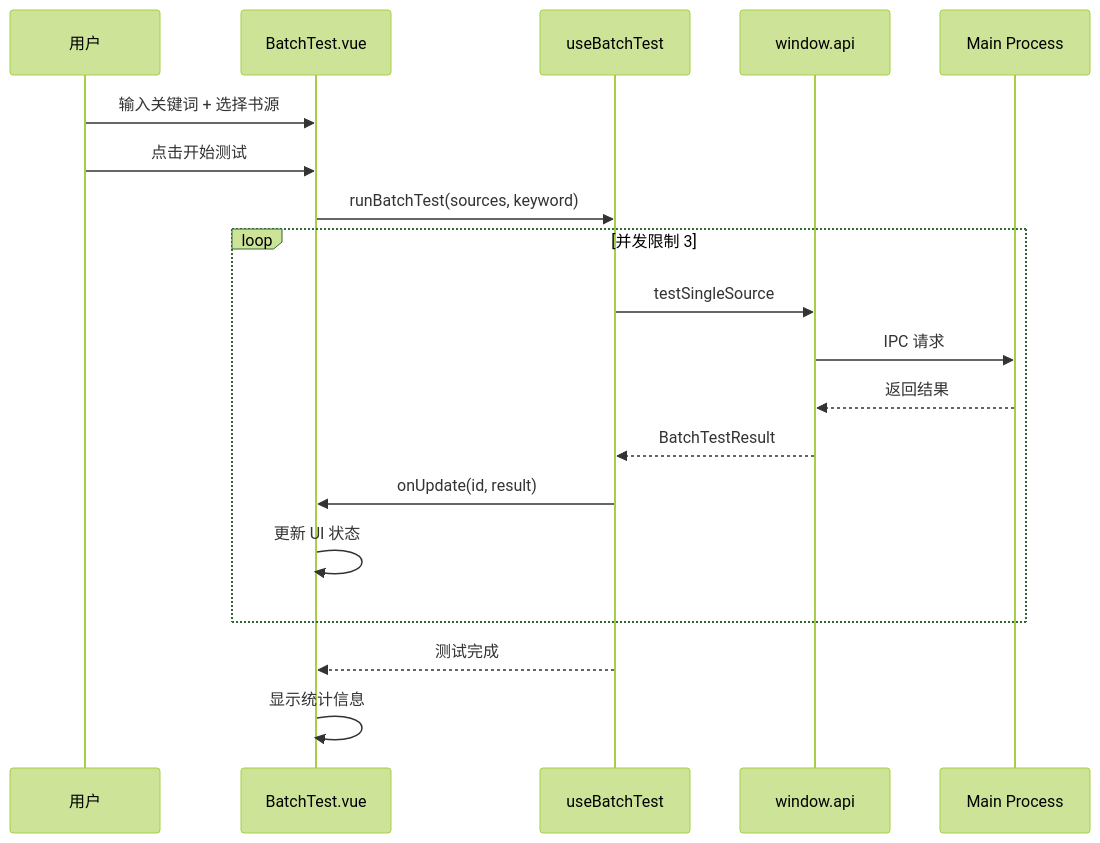
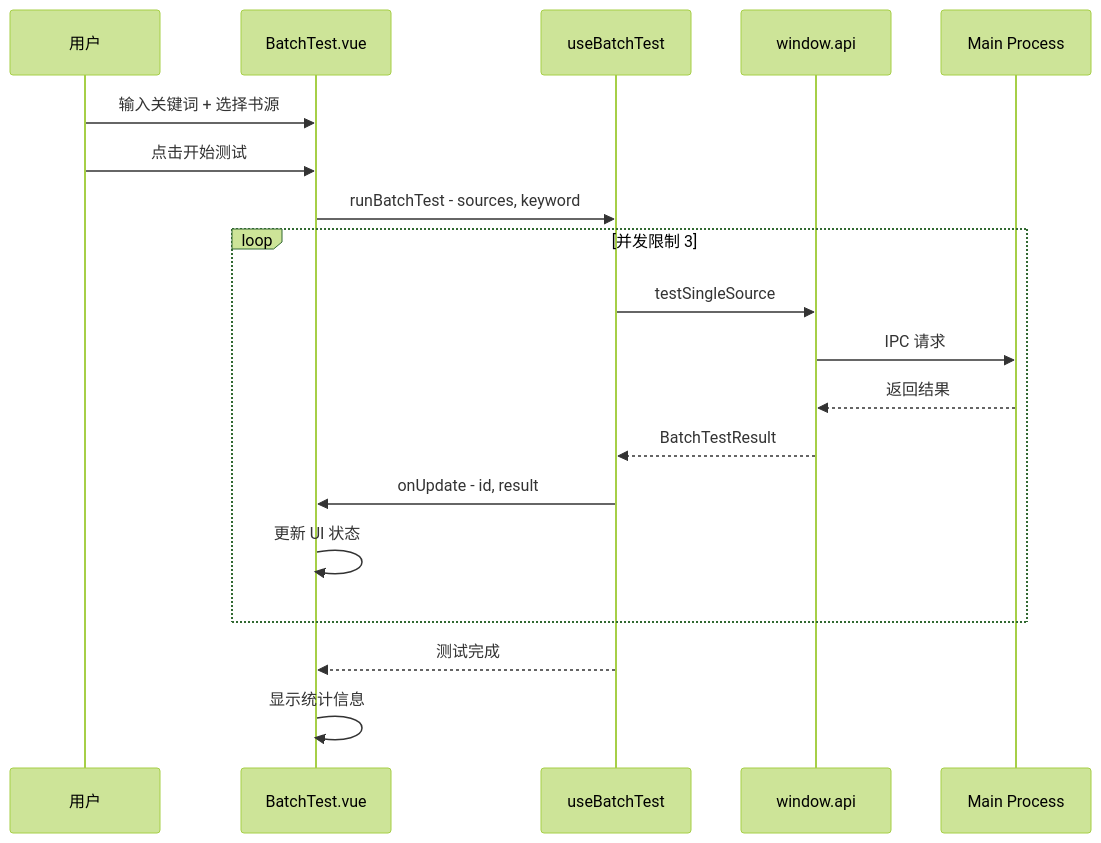
Before and after one commit to Yii-An/reader-source: the fourth of 4 diagrams in .kilocode/rules/memory-bank/architecture.md, drawn with Mermaid (forest theme). The commit also changed other lines of this file and 63 other files, not shown here.

Commit message:
refactor: Remove legacy converters and update universal rule schema and related UI components.

````diff
--- a/.kilocode/rules/memory-bank/architecture.md
+++ b/.kilocode/rules/memory-bank/architecture.md
@@ -346,22 +291,22 @@
 ```mermaid
 sequenceDiagram
     participant U as 用户
     participant BT as BatchTest.vue
     participant UB as useBatchTest
     participant API as window.api
     participant M as Main Process
 
     U->>BT: 输入关键词 + 选择书源
     U->>BT: 点击开始测试
-    BT->>UB: runBatchTest(sources, keyword)
+    BT->>UB: runBatchTest - sources, keyword
     loop 并发限制 3
         UB->>API: testSingleSource
         API->>M: IPC 请求
         M-->>API: 返回结果
         API-->>UB: BatchTestResult
-        UB->>BT: onUpdate(id, result)
+        UB->>BT: onUpdate - id, result
         BT->>BT: 更新 UI 状态
     end
     UB-->>BT: 测试完成
     BT->>BT: 显示统计信息
 ```
````
